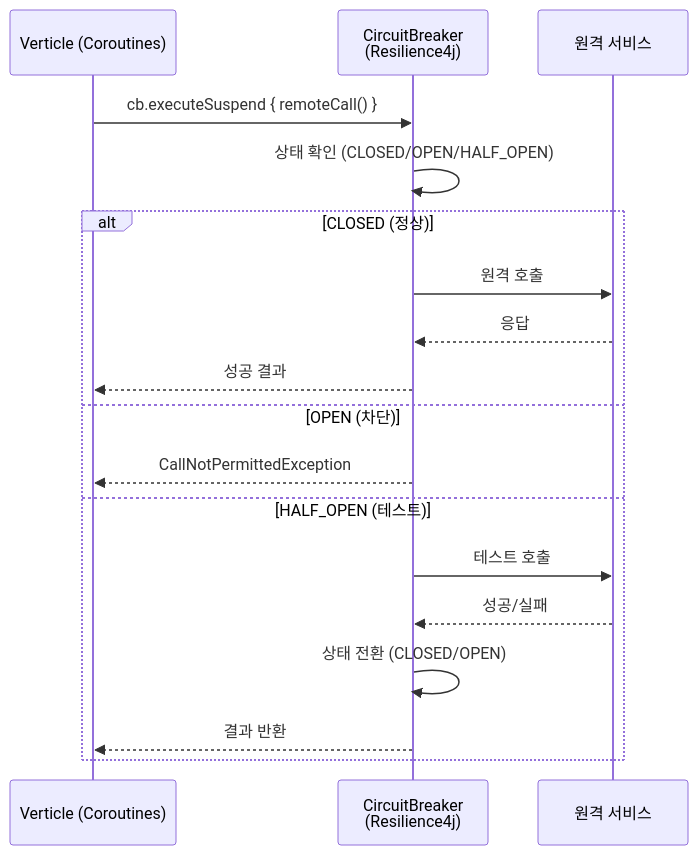
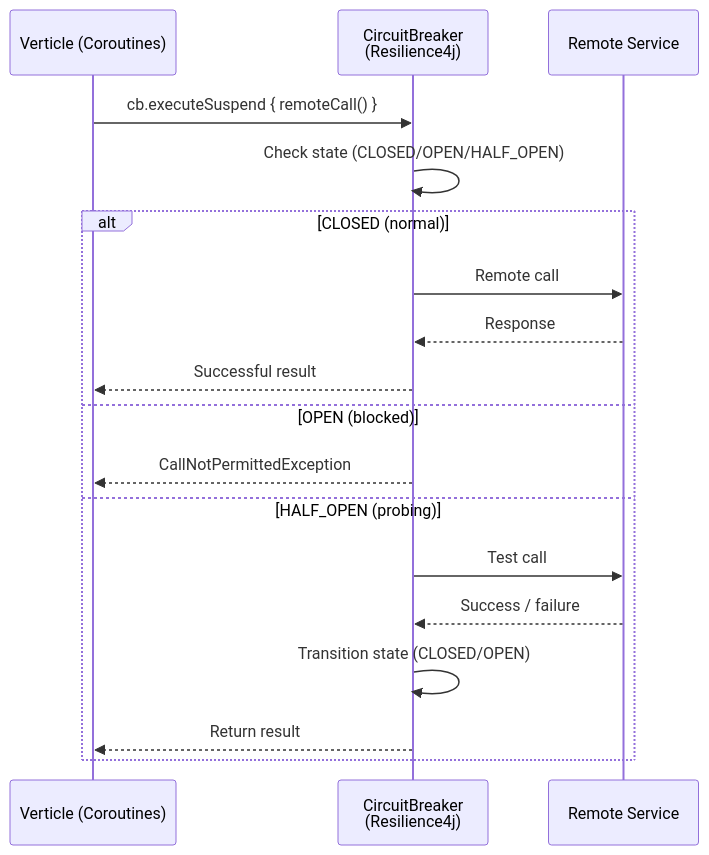
One commit to bluetape4k/bluetape4k-projects changed the third of 4 diagrams in io/vertx/README.md. Above: the diagram before and after it, drawn with Mermaid. The commit also changed other lines of this file and 265 other files, not shown here.

````diff
--- a/io/vertx/README.md
+++ b/io/vertx/README.md
@@ -124,22 +126,22 @@
 ```mermaid
 sequenceDiagram
-    participant 앱 as Verticle (Coroutines)
+    participant App as Verticle (Coroutines)
     participant CB as CircuitBreaker<br/>(Resilience4j)
-    participant SVC as 원격 서비스
+    participant SVC as Remote Service
 
-    앱->>CB: cb.executeSuspend { remoteCall() }
-    CB->>CB: 상태 확인 (CLOSED/OPEN/HALF_OPEN)
+    App->>CB: cb.executeSuspend { remoteCall() }
+    CB->>CB: Check state (CLOSED/OPEN/HALF_OPEN)
 
-    alt CLOSED (정상)
-        CB->>SVC: 원격 호출
-        SVC-->>CB: 응답
-        CB-->>앱: 성공 결과
-    else OPEN (차단)
-        CB-->>앱: CallNotPermittedException
-    else HALF_OPEN (테스트)
-        CB->>SVC: 테스트 호출
-        SVC-->>CB: 성공/실패
-        CB->>CB: 상태 전환 (CLOSED/OPEN)
-        CB-->>앱: 결과 반환
+    alt CLOSED (normal)
+        CB->>SVC: Remote call
+        SVC-->>CB: Response
+        CB-->>App: Successful result
+    else OPEN (blocked)
+        CB-->>App: CallNotPermittedException
+    else HALF_OPEN (probing)
+        CB->>SVC: Test call
+        SVC-->>CB: Success / failure
+        CB->>CB: Transition state (CLOSED/OPEN)
+        CB-->>App: Return result
     end
 ```
````
